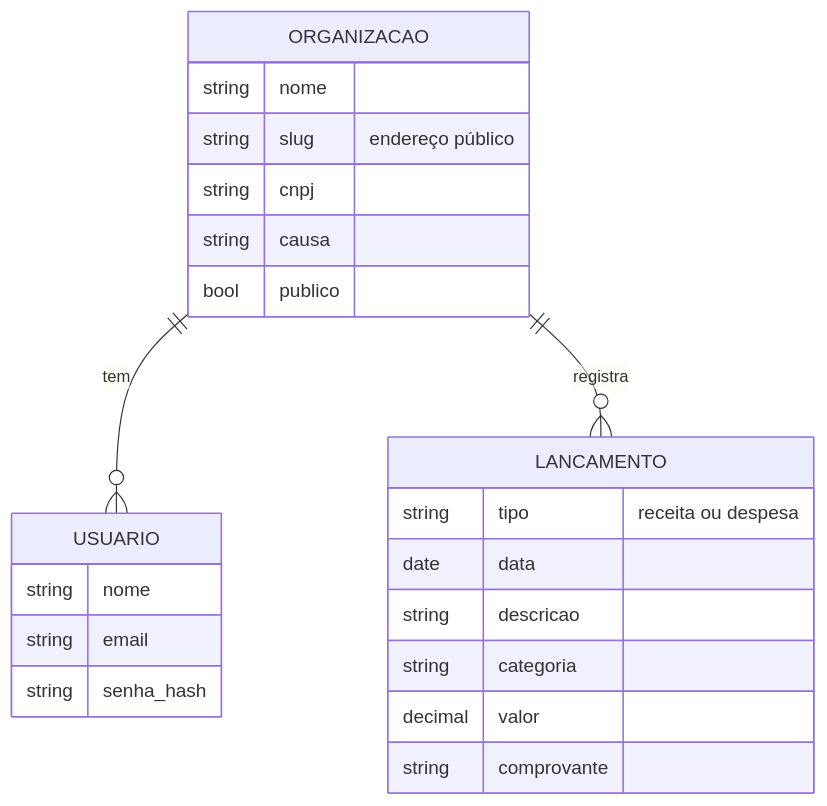
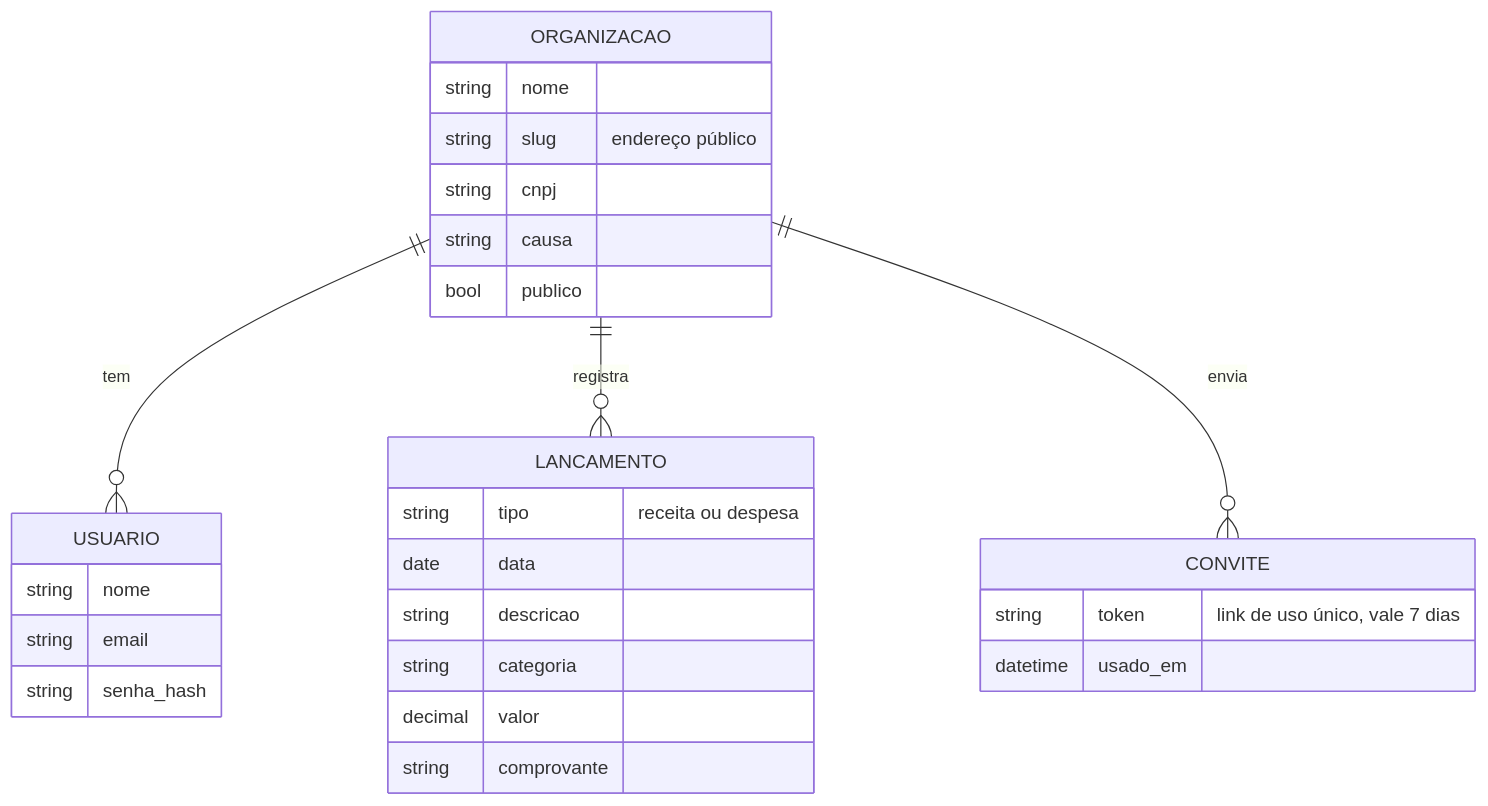
One commit to Tokmogi/contas-abertas changed the second of 2 diagrams in docs/04-arquitetura.md. Above: the diagram before and after it, drawn with Mermaid. The commit also changed other lines of this file and 27 other files, not shown here.

````diff
--- a/docs/04-arquitetura.md
+++ b/docs/04-arquitetura.md
@@ -17,25 +17,30 @@
 ```mermaid
 erDiagram
     ORGANIZACAO ||--o{ USUARIO : tem
     ORGANIZACAO ||--o{ LANCAMENTO : registra
+    ORGANIZACAO ||--o{ CONVITE : envia
     ORGANIZACAO {
         string nome
         string slug "endereço público"
         string cnpj
         string causa
         bool publico
     }
     USUARIO {
         string nome
         string email
         string senha_hash
     }
     LANCAMENTO {
         string tipo "receita ou despesa"
         date data
         string descricao
         string categoria
         decimal valor
         string comprovante
     }
+    CONVITE {
+        string token "link de uso único, vale 7 dias"
+        datetime usado_em
+    }
 ```
````
